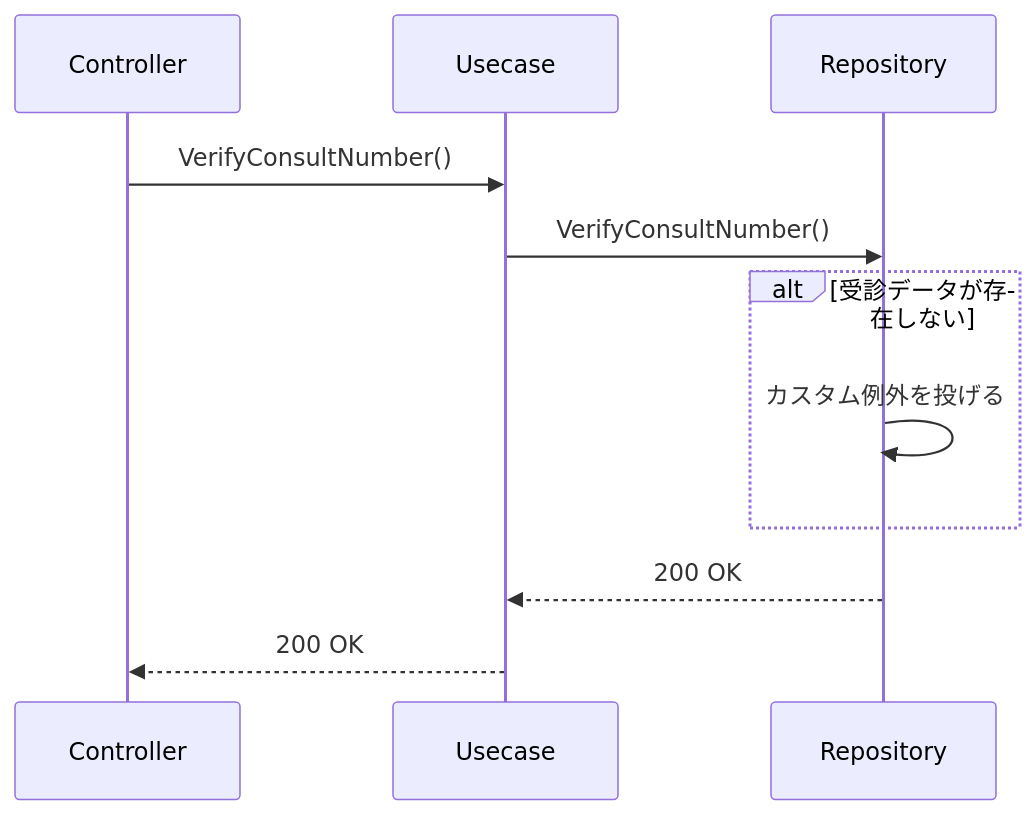
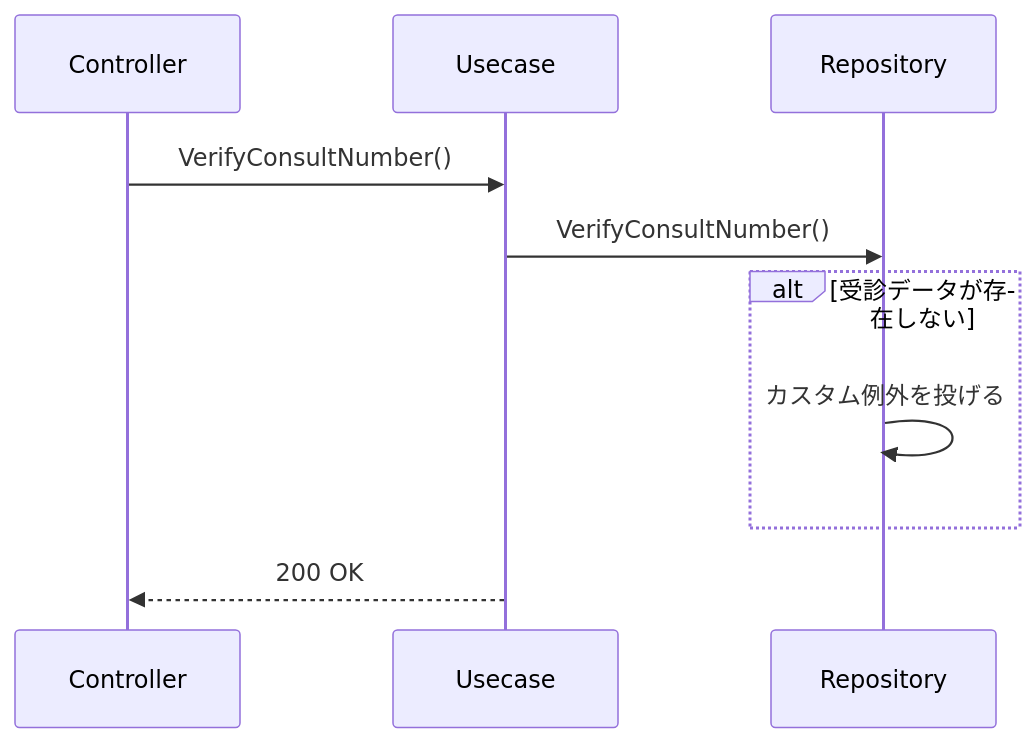
One commit to MrWangpeilin945/FlutterIOS changed diagram 18 of 33 in Documents/API設計書/src/docs/5_ユースケース.adoc. Above: the diagram before and after it, drawn with Mermaid. The commit also changed other lines of this file, not shown here.

```diff
--- a/Documents/API設計書/src/docs/5_ユースケース.adoc
+++ b/Documents/API設計書/src/docs/5_ユースケース.adoc
@@ -297,16 +296,15 @@
 [mermaid,VerifyConsultNumber-u-seq,png]
 ----
 sequenceDiagram
   participant con as Controller
   participant uc as Usecase
   participant repo as Repository
 
   con->>uc: VerifyConsultNumber()
   uc->>repo: VerifyConsultNumber()
   alt 受診データが存在しない
     repo->>repo: カスタム例外を投げる
   end
-  repo-->>uc: 200 OK
   uc-->>con: 200 OK
 
 ----
```
